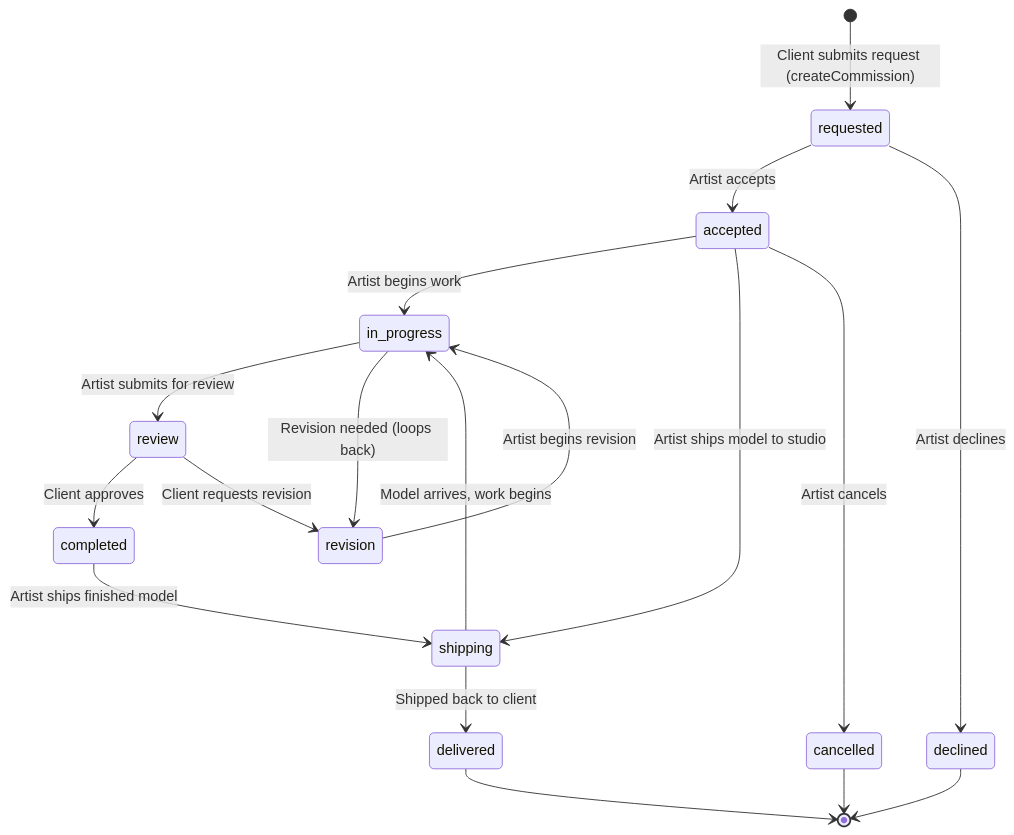
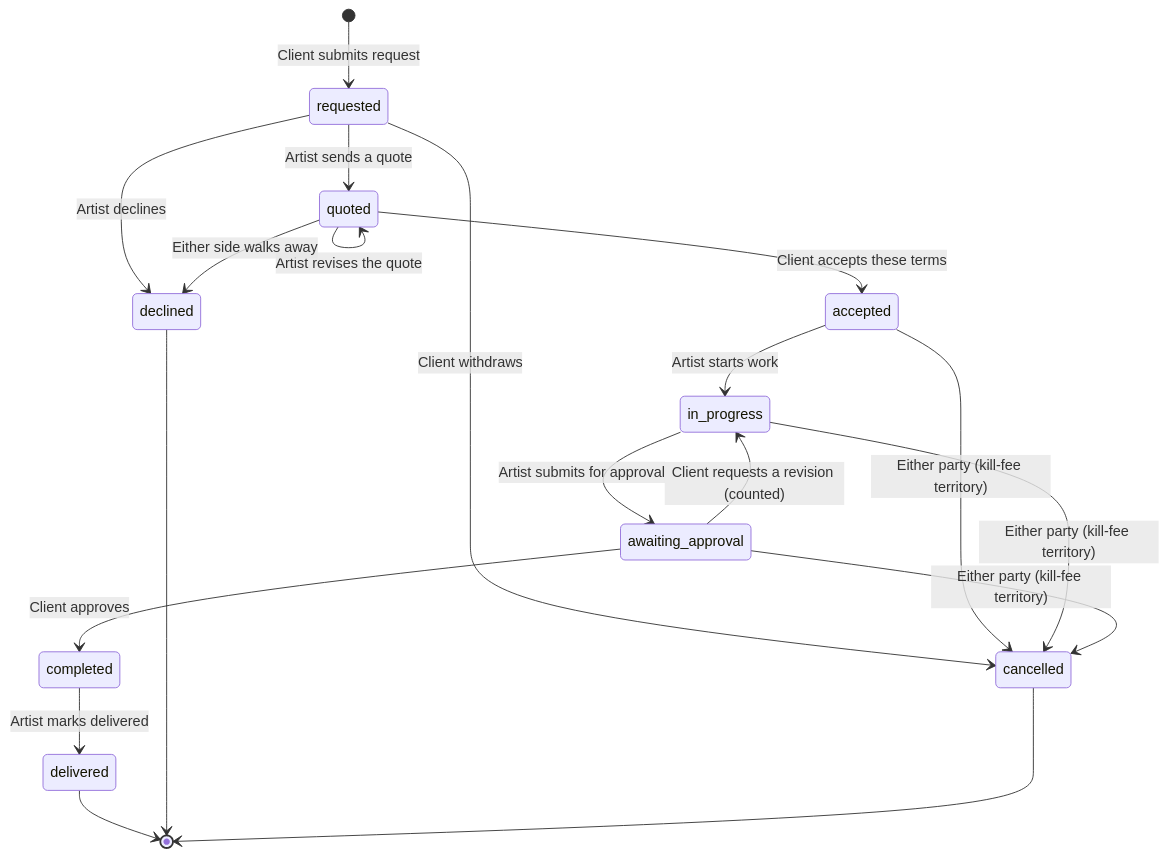
One commit to smount92/ProjectEquiscape changed the second of 3 diagrams in docs/architecture/state-machines.md. Above: the diagram before and after it, drawn with Mermaid. The commit also changed other lines of this file and 2 other files, not shown here.

First line of the commit message:
Architecture docs: five rooms, the feed spine, deal stages, the real pipeline

````diff
--- a/docs/architecture/state-machines.md
+++ b/docs/architecture/state-machines.md
@@ -56,28 +83,28 @@
 ```mermaid
 stateDiagram-v2
-    [*] --> requested : Client submits request (createCommission)
-    
-    requested --> accepted : Artist accepts
+    [*] --> requested : Client submits request
+
+    requested --> quoted : Artist sends a quote
     requested --> declined : Artist declines
-    
-    accepted --> in_progress : Artist begins work
-    accepted --> shipping : Artist ships model to studio
-    accepted --> cancelled : Artist cancels
-    
-    shipping --> in_progress : Model arrives, work begins
-    shipping --> delivered : Shipped back to client
+    requested --> cancelled : Client withdraws
 
-    in_progress --> review : Artist submits for review
-    in_progress --> revision : Revision needed (loops back)
+    quoted --> quoted : Artist revises the quote
+    quoted --> accepted : Client accepts these terms
+    quoted --> declined : Either side walks away
 
-    review --> completed : Client approves
-    review --> revision : Client requests revision
+    accepted --> in_progress : Artist starts work
+    in_progress --> awaiting_approval : Artist submits for approval
 
-    revision --> in_progress : Artist begins revision
-    
-    completed --> shipping : Artist ships finished model
+    awaiting_approval --> completed : Client approves
+    awaiting_approval --> in_progress : Client requests a revision (counted)
+
+    completed --> delivered : Artist marks delivered
+
+    accepted --> cancelled : Either party (kill-fee territory)
+    in_progress --> cancelled : Either party (kill-fee territory)
+    awaiting_approval --> cancelled : Either party (kill-fee territory)
 
     delivered --> [*]
     declined --> [*]
     cancelled --> [*]
 ```
````
